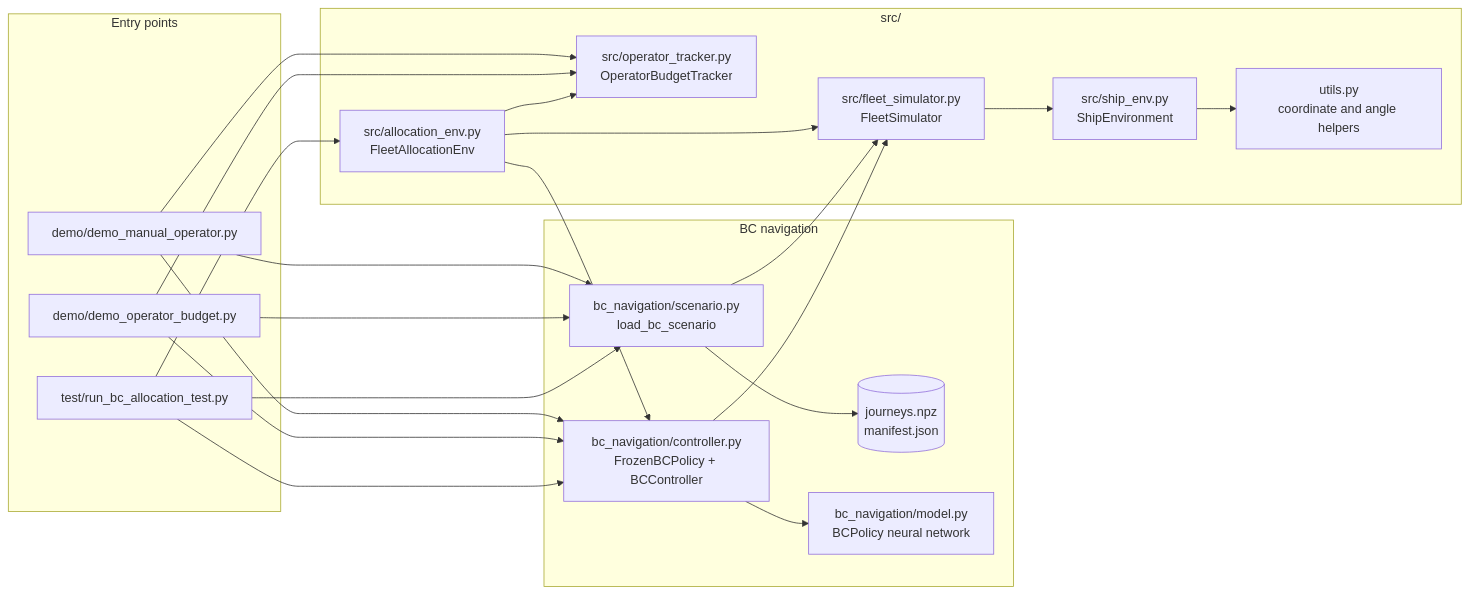
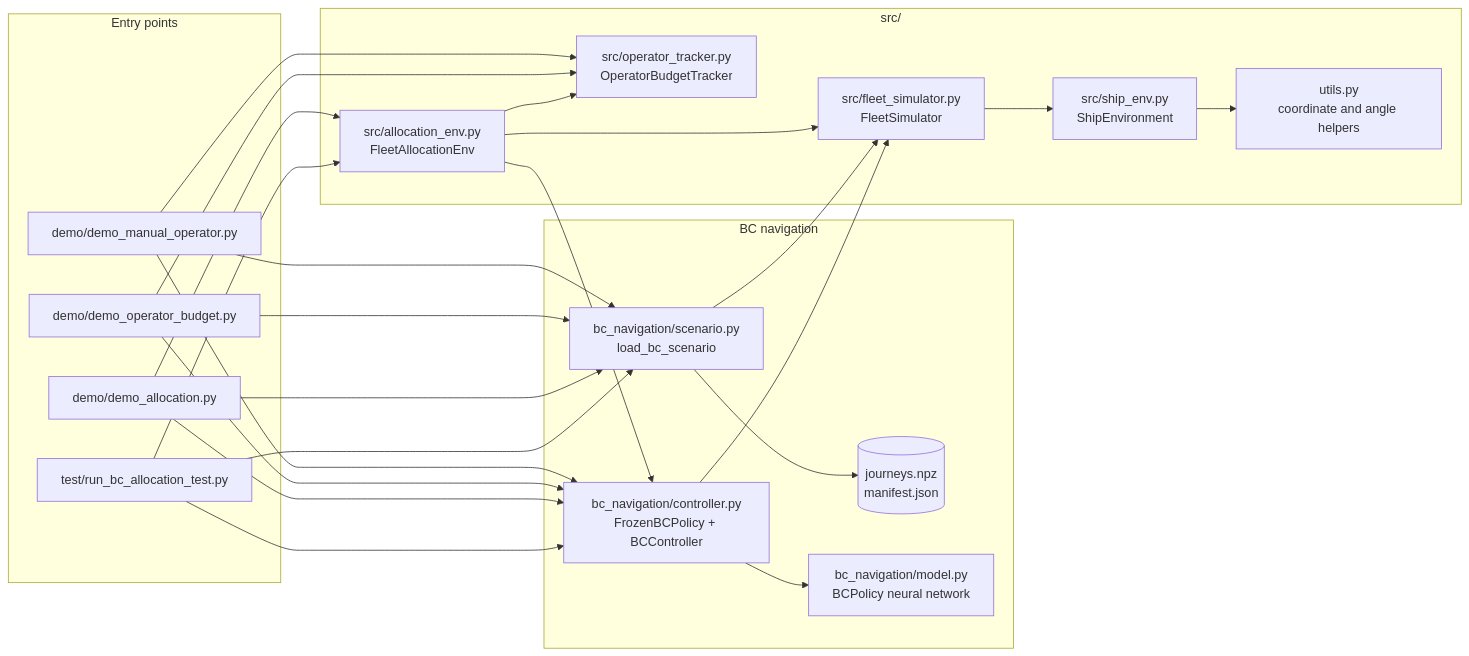
Before and after one commit to MuktaWagle/ship_operator: the first of 2 diagrams in CODE_FLOW.md, drawn with Mermaid. The commit also changed 5 other files, not shown here.

Commit message:
Demo allocation

````diff
--- a/CODE_FLOW.md
+++ b/CODE_FLOW.md
@@ -9,43 +9,47 @@
 ```mermaid
 flowchart LR
     subgraph EntryPoints[Entry points]
         Manual[demo/demo_manual_operator.py]
         Budget[demo/demo_operator_budget.py]
+        AllocationDemo[demo/demo_allocation.py]
         Test[test/run_bc_allocation_test.py]
     end
 
     subgraph Navigation[BC navigation]
         Scenario[bc_navigation/scenario.py\nload_bc_scenario]
         Data[(journeys.npz\nmanifest.json)]
         Policy[bc_navigation/controller.py\nFrozenBCPolicy + BCController]
         Model[bc_navigation/model.py\nBCPolicy neural network]
     end
 
     subgraph Runtime[src/]
         Allocation[src/allocation_env.py\nFleetAllocationEnv]
         Tracker[src/operator_tracker.py\nOperatorBudgetTracker]
         Fleet[src/fleet_simulator.py\nFleetSimulator]
         Ship[src/ship_env.py\nShipEnvironment]
         Utils[utils.py\ncoordinate and angle helpers]
     end
 
     Manual --> Scenario
     Budget --> Scenario
+    AllocationDemo --> Scenario
     Test --> Scenario
     Scenario --> Data
     Scenario --> Fleet
     Manual --> Policy
     Budget --> Policy
+    AllocationDemo --> Policy
     Test --> Policy
     Policy --> Model
     Policy --> Fleet
 
     Manual --> Tracker
     Budget --> Tracker
+    AllocationDemo --> Allocation
     Test --> Allocation
     Allocation --> Tracker
     Allocation --> Policy
     Allocation --> Fleet
     Fleet --> Ship
     Ship --> Utils
 ```
````
